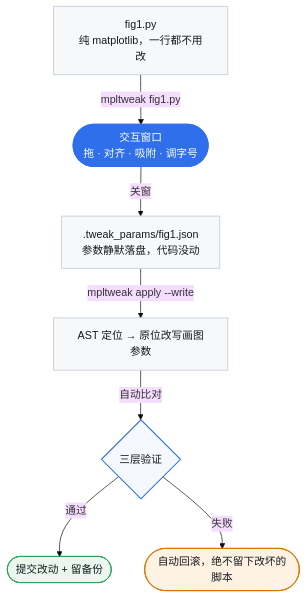
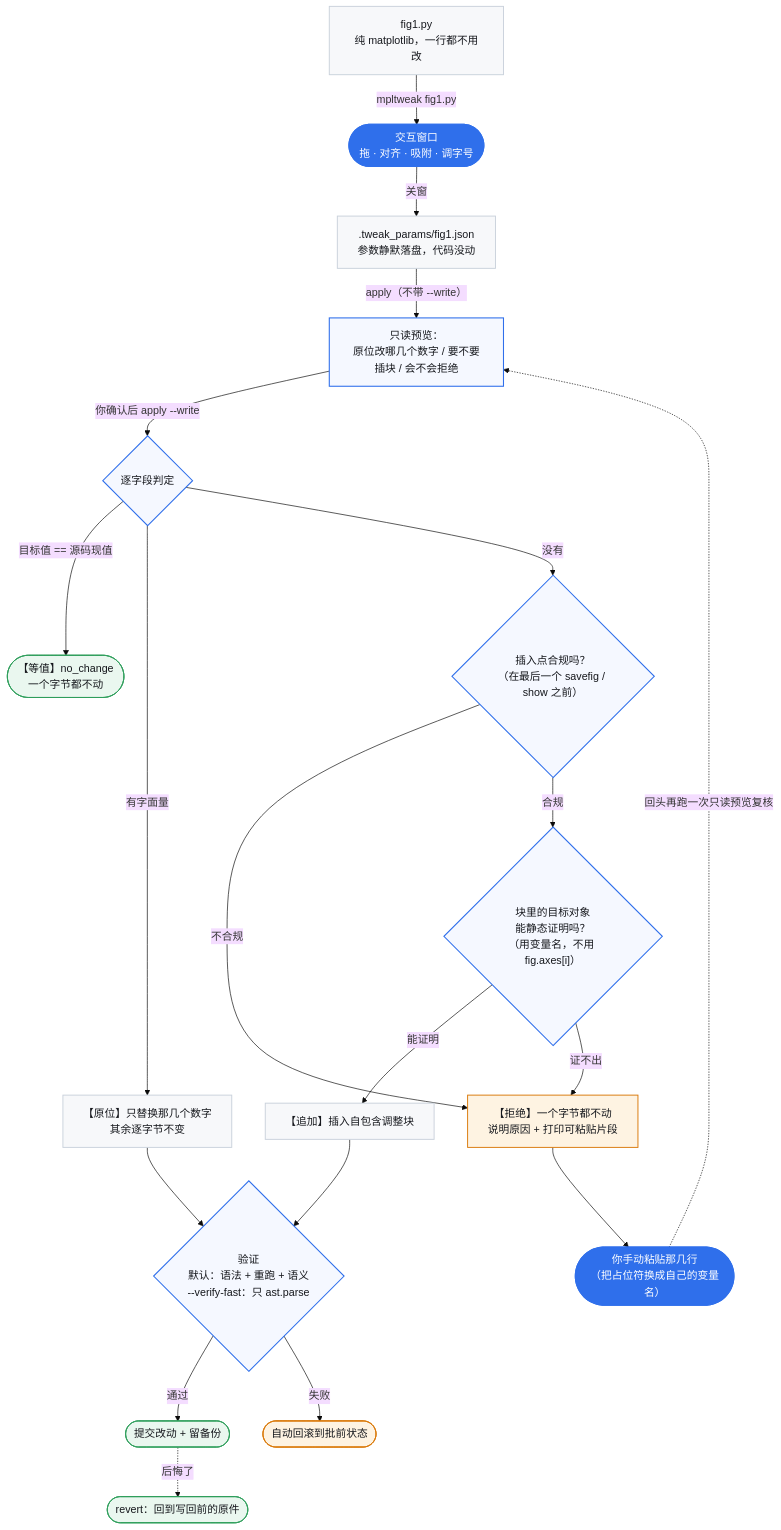
Before and after one commit to shdbl/mpltweak: the second of 2 diagrams in README.md, drawn with Mermaid (base theme). The commit also changed other lines of this file and 35 other files, not shown here.

Commit message:
release: 0.1.9 —— 写回可靠性批次（T84 修同图重名轴改错对象、T78 tick 轴过滤、坏参数 fail-closed 等）+ 中英文文档定稿

````diff
--- a/README.md
+++ b/README.md
@@ -269,23 +287,44 @@
 ```mermaid
 flowchart TD
     A["fig1.py<br/>纯 matplotlib，一行都不用改"]:::script
     B(["交互窗口<br/>拖 · 对齐 · 吸附 · 调字号"]):::win
     C[".tweak_params/fig1.json<br/>参数静默落盘，代码没动"]:::script
-    D["AST 定位 → 原位改写画图参数"]:::script
-    E{"三层验证"}:::check
+    P["只读预览：<br/>原位改哪几个数字 / 要不要插块 / 会不会拒绝"]:::check
+    D{"逐字段判定"}:::check
+    D0(["【等值】no_change<br/>一个字节都不动"]):::ok
+    D1["【原位】只替换那几个数字<br/>其余逐字节不变"]:::script
+    D2{"插入点合规吗？<br/>（在最后一个 savefig / show 之前）"}:::check
+    D2b{"块里的目标对象<br/>能静态证明吗？<br/>（用变量名，不用 fig.axes[i]）"}:::check
+    D3["【追加】插入自包含调整块"]:::script
+    D4["【拒绝】一个字节都不动<br/>说明原因 + 打印可粘贴片段"]:::bad
+    PASTE(["你手动粘贴那几行<br/>（把占位符换成自己的变量名）"]):::win
+    E{"验证<br/>默认：语法 + 重跑 + 语义<br/>--verify-fast：只 ast.parse"}:::check
     F(["提交改动 + 留备份"]):::ok
-    G(["自动回滚，绝不留下改坏的脚本"]):::bad
+    G(["自动回滚到批前状态"]):::bad
+    R(["revert：回到写回前的原件"]):::ok
 
     A -->|mpltweak fig1.py| B
     B -->|关窗| C
-    C -->|mpltweak apply --write| D
-    D -->|自动比对| E
+    C -->|apply（不带 --write）| P
+    P -->|你确认后 apply --write| D
+    D -->|目标值 == 源码现值| D0
+    D -->|有字面量| D1
+    D -->|没有| D2
+    D2 -->|不合规| D4
+    D2 -->|合规| D2b
+    D2b -->|能证明| D3
+    D2b -->|证不出| D4
+    D1 --> E
+    D3 --> E
     E -->|通过| F
     E -->|失败| G
+    D4 --> PASTE
+    PASTE -.->|回头再跑一次只读预览复核| P
+    F -.->|后悔了| R
 
     classDef script fill:#F7F8FA,stroke:#C9D1DB,stroke-width:1.4px,color:#16181D
     classDef win fill:#2F6FEB,stroke:#2F6FEB,stroke-width:1.6px,color:#FFFFFF
     classDef check fill:#F5F8FF,stroke:#2F6FEB,stroke-width:1.6px,color:#16181D
     classDef ok fill:#EAF7EF,stroke:#2E9E5B,stroke-width:1.4px,color:#16181D
     classDef bad fill:#FEF3E2,stroke:#D97706,stroke-width:1.4px,color:#16181D
 ```
````
